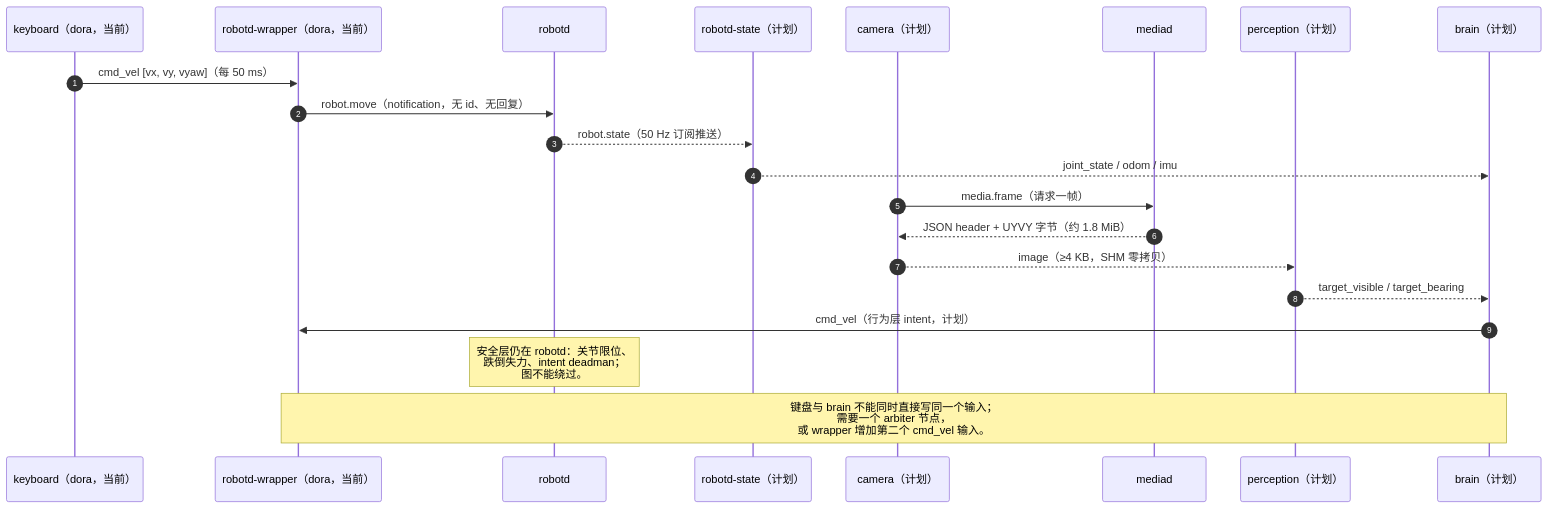
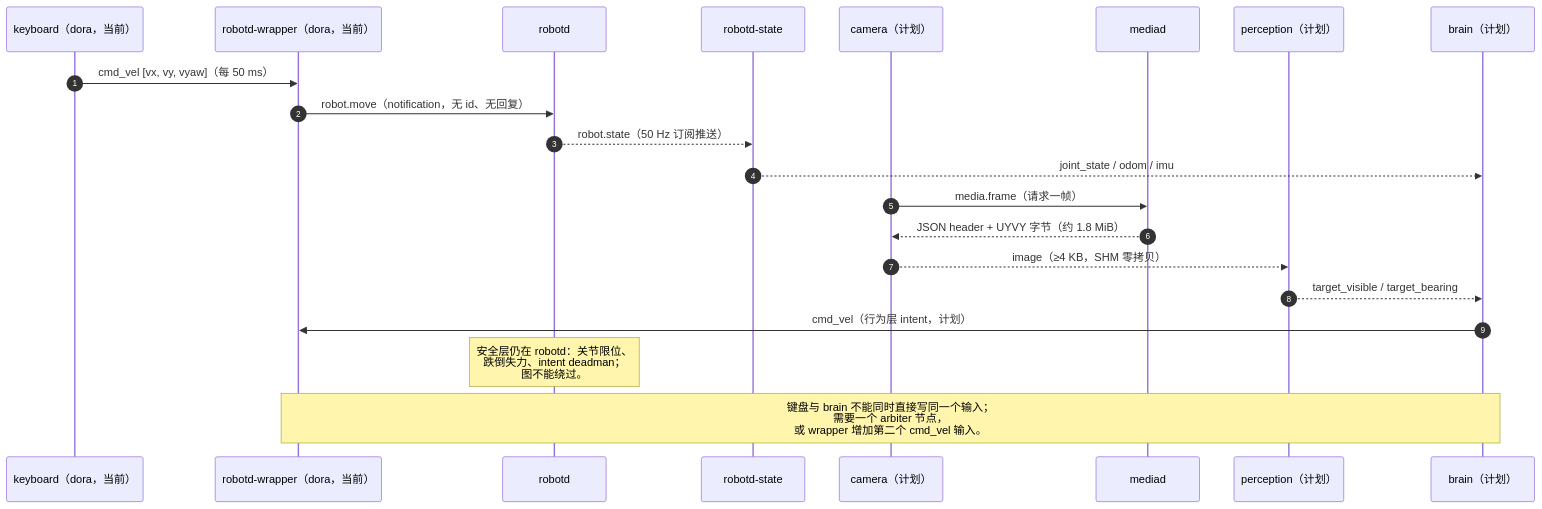
Before and after one commit to BoBoDai/dora-microduck: the third of 3 diagrams in docs/call-graph.md, drawn with Mermaid. The commit also changed other lines of this file and 10 other files, not shown here.

````diff
--- a/docs/call-graph.md
+++ b/docs/call-graph.md
@@ -178,25 +177,25 @@
 ```mermaid
 sequenceDiagram
   autonumber
   participant K as keyboard（dora，当前）
   participant W as robotd-wrapper（dora，当前）
   participant R as robotd
-  participant S as robotd-state（计划）
+  participant S as robotd-state
   participant C as camera（计划）
   participant M as mediad
   participant P as perception（计划）
   participant B as brain（计划）
 
   K->>W: cmd_vel [vx, vy, vyaw]（每 50 ms）
   W->>R: robot.move（notification，无 id、无回复）
   R-->>S: robot.state（50 Hz 订阅推送）
   S-->>B: joint_state / odom / imu
   C->>M: media.frame（请求一帧）
   M-->>C: JSON header + UYVY 字节（约 1.8 MiB）
   C-->>P: image（≥4 KB，SHM 零拷贝）
   P-->>B: target_visible / target_bearing
   B->>W: cmd_vel（行为层 intent，计划）
 
   Note over R: 安全层仍在 robotd：关节限位、<br/>跌倒失力、intent deadman；<br/>图不能绕过。
   Note over W,B: 键盘与 brain 不能同时直接写同一个输入；<br/>需要一个 arbiter 节点，<br/>或 wrapper 增加第二个 cmd_vel 输入。
 ```
````
